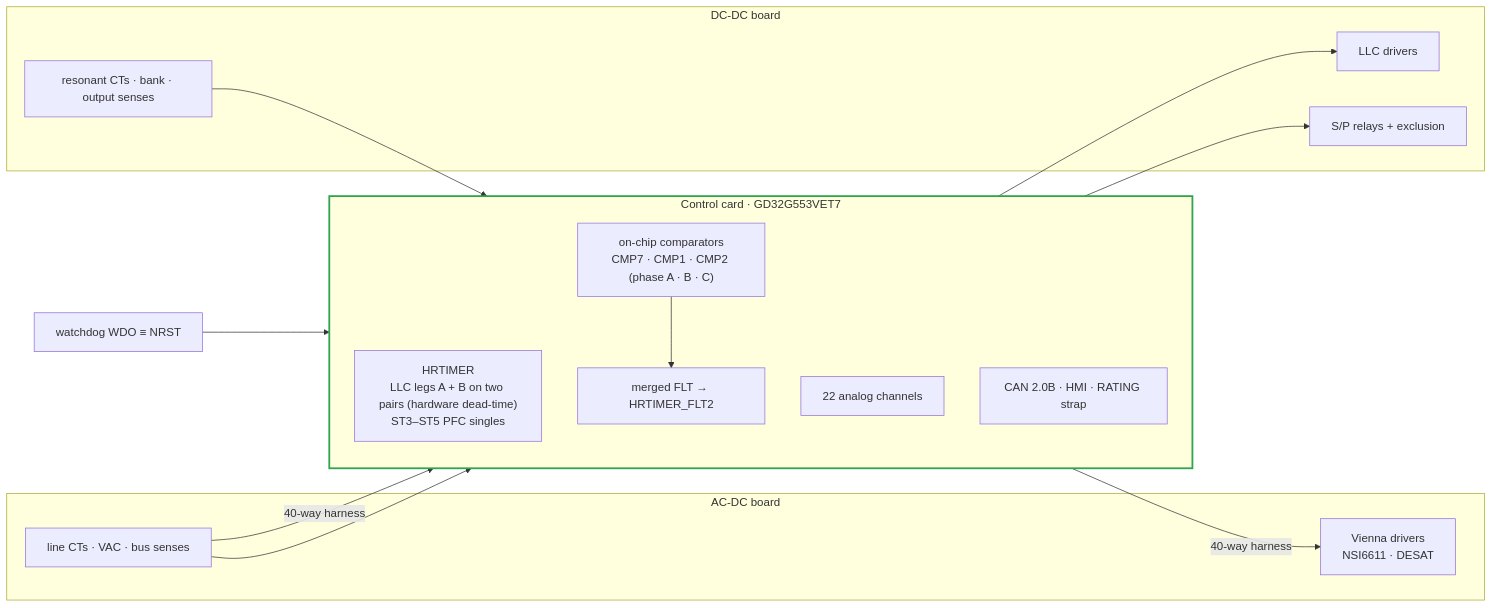
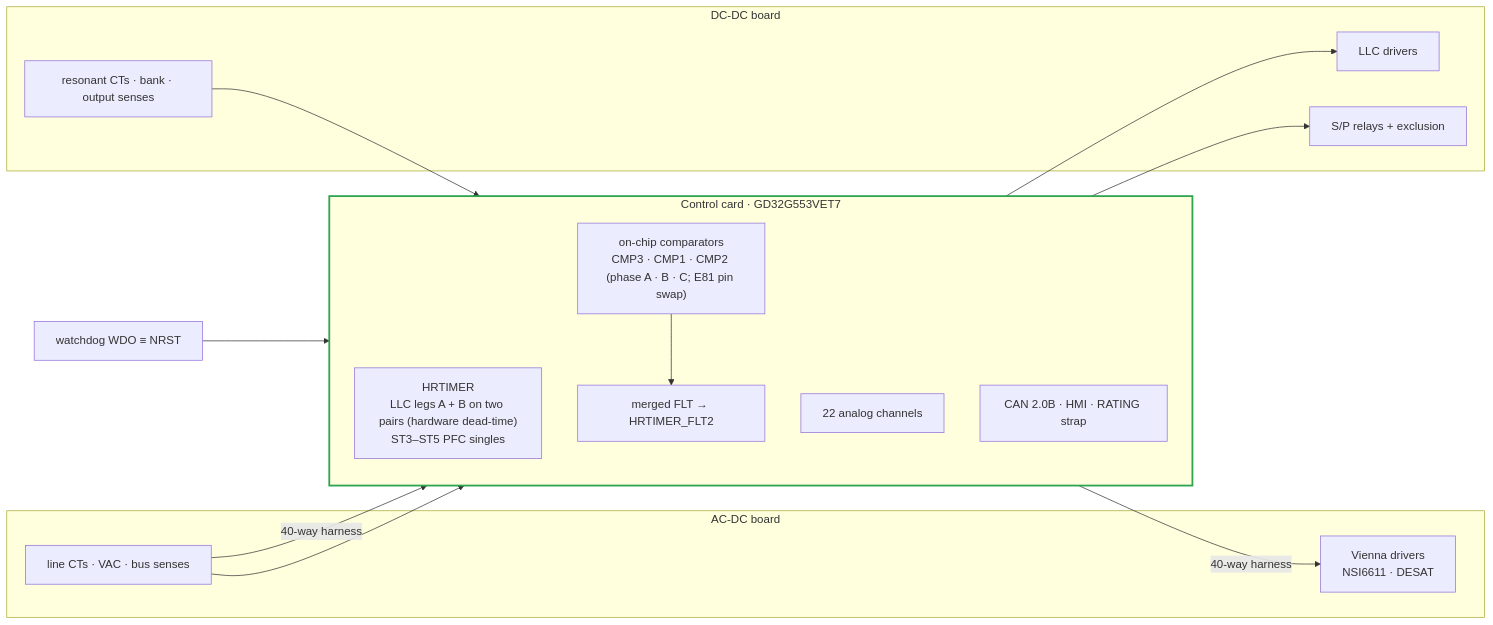
One commit to vectivolt/DC-Modules changed the second of 4 diagrams in docs/architecture.md. Above: the diagram before and after it, drawn with Mermaid. The commit also changed other lines of this file and 883 other files, not shown here.

````diff
--- a/docs/architecture.md
+++ b/docs/architecture.md
@@ -82,29 +82,29 @@
 ```mermaid
 flowchart LR
   subgraph CARD["Control card · GD32G553VET7"]
     direction TB
     HR["HRTIMER<br/>LLC legs A + B on two pairs (hardware dead-time)<br/>ST3–ST5 PFC singles"]
-    CMP["on-chip comparators<br/>CMP7 · CMP1 · CMP2 (phase A · B · C)"]
+    CMP["on-chip comparators<br/>CMP3 · CMP1 · CMP2 (phase A · B · C; E81 pin swap)"]
     ADC["22 analog channels"]
     FLT["merged FLT → HRTIMER_FLT2"]
     COM["CAN 2.0B · HMI · RATING strap"]
   end
   subgraph ACDC["AC-DC board"]
     PFCDRV["Vienna drivers<br/>NSI6611 · DESAT"]
     LCT["line CTs · VAC · bus senses"]
   end
   subgraph DCDC["DC-DC board"]
     LLCDRV["LLC drivers"]
     RCT["resonant CTs · bank · output senses"]
     SPM["S/P relays + exclusion"]
   end
   HR -- "40-way harness" --> PFCDRV
   LCT -- "40-way harness" --> ADC
   LCT --> CMP
   HR --> LLCDRV
   RCT --> ADC
   CMP --> FLT
   COM --> SPM
   WD["watchdog WDO ≡ NRST"] --> CARD
   style CARD stroke:#2ea44f,stroke-width:2.5px
 ```
````
